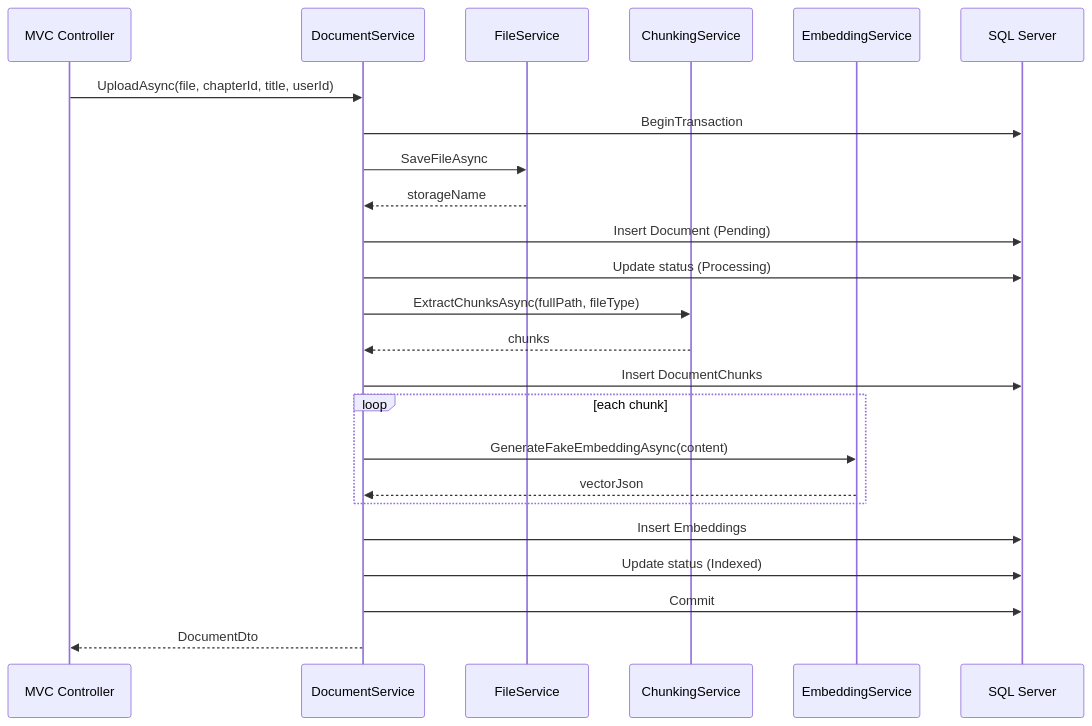
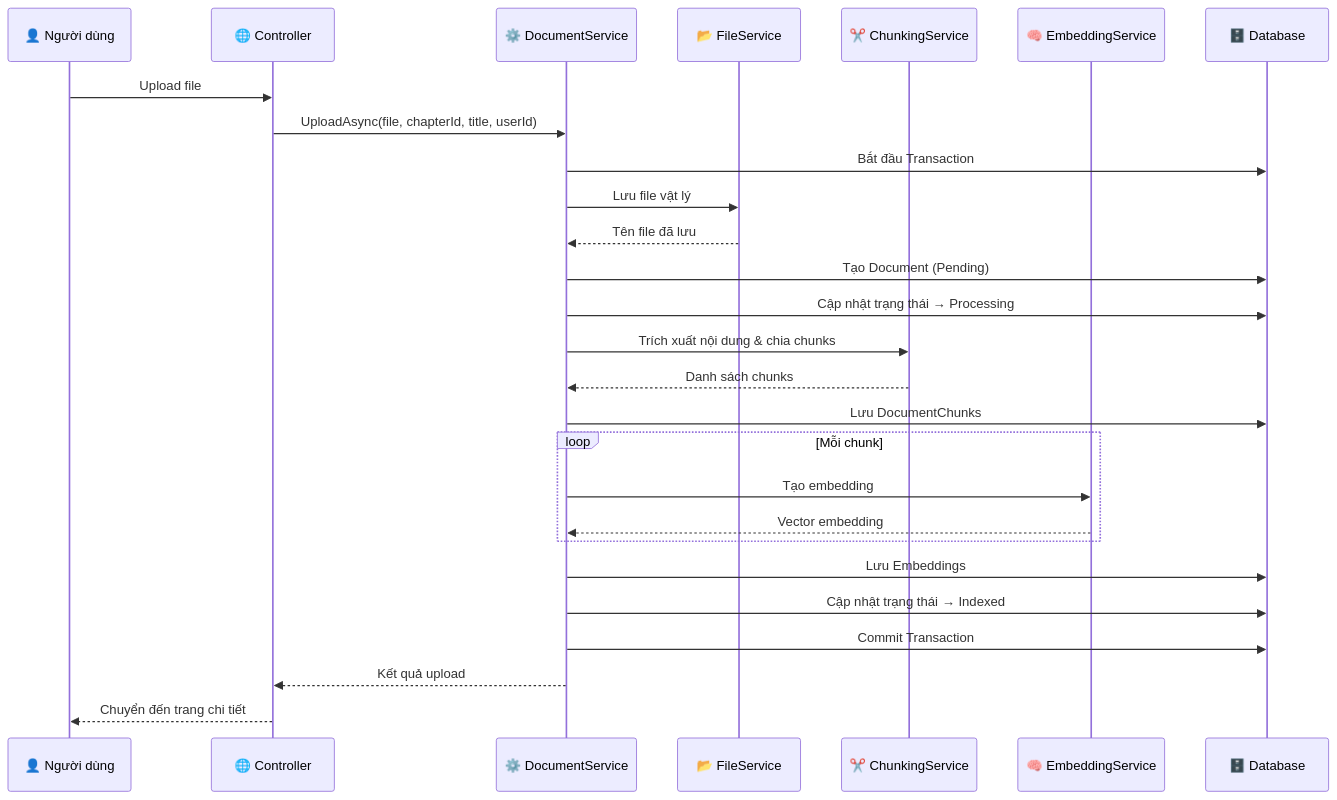
Before and after one commit to HoangJunior2005/Assignment_1: the second of 3 diagrams in README.md, drawn with Mermaid. The commit also changed other lines of this file, not shown here.

Commit message:
docs: viet lai README.md voi huong dan su dung chi tiet

````diff
--- a/README.md
+++ b/README.md
@@ -102,27 +378,30 @@
 ```mermaid
 sequenceDiagram
-    participant UI as MVC Controller
-    participant DS as DocumentService
-    participant FS as FileService
-    participant CS as ChunkingService
-    participant ES as EmbeddingService
-    participant DB as SQL Server
+    participant U as 👤 Người dùng
+    participant C as 🌐 Controller
+    participant S as ⚙️ DocumentService
+    participant F as 📂 FileService
+    participant K as ✂️ ChunkingService
+    participant E as 🧠 EmbeddingService
+    participant DB as 🗄️ Database
 
-    UI->>DS: UploadAsync(file, chapterId, title, userId)
-    DS->>DB: BeginTransaction
-    DS->>FS: SaveFileAsync
-    FS-->>DS: storageName
-    DS->>DB: Insert Document (Pending)
-    DS->>DB: Update status (Processing)
-    DS->>CS: ExtractChunksAsync(fullPath, fileType)
-    CS-->>DS: chunks
-    DS->>DB: Insert DocumentChunks
-    loop each chunk
-        DS->>ES: GenerateFakeEmbeddingAsync(content)
-        ES-->>DS: vectorJson
+    U->>C: Upload file
+    C->>S: UploadAsync(file, chapterId, title, userId)
+    S->>DB: Bắt đầu Transaction
+    S->>F: Lưu file vật lý
+    F-->>S: Tên file đã lưu
+    S->>DB: Tạo Document (Pending)
+    S->>DB: Cập nhật trạng thái → Processing
+    S->>K: Trích xuất nội dung & chia chunks
+    K-->>S: Danh sách chunks
+    S->>DB: Lưu DocumentChunks
+    loop Mỗi chunk
+        S->>E: Tạo embedding
+        E-->>S: Vector embedding
     end
-    DS->>DB: Insert Embeddings
-    DS->>DB: Update status (Indexed)
-    DS->>DB: Commit
-    DS-->>UI: DocumentDto
+    S->>DB: Lưu Embeddings
+    S->>DB: Cập nhật trạng thái → Indexed
+    S->>DB: Commit Transaction
+    S-->>C: Kết quả upload
+    C-->>U: Chuyển đến trang chi tiết
 ```
````
